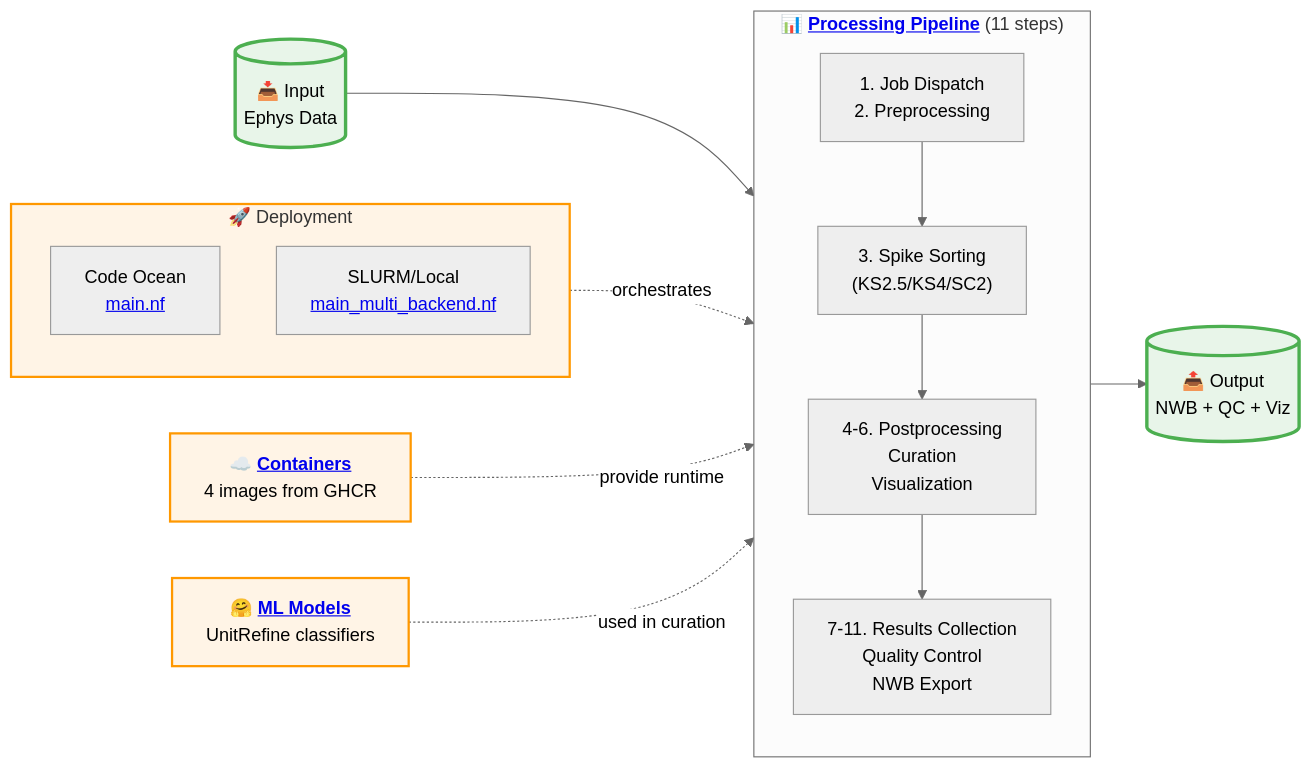
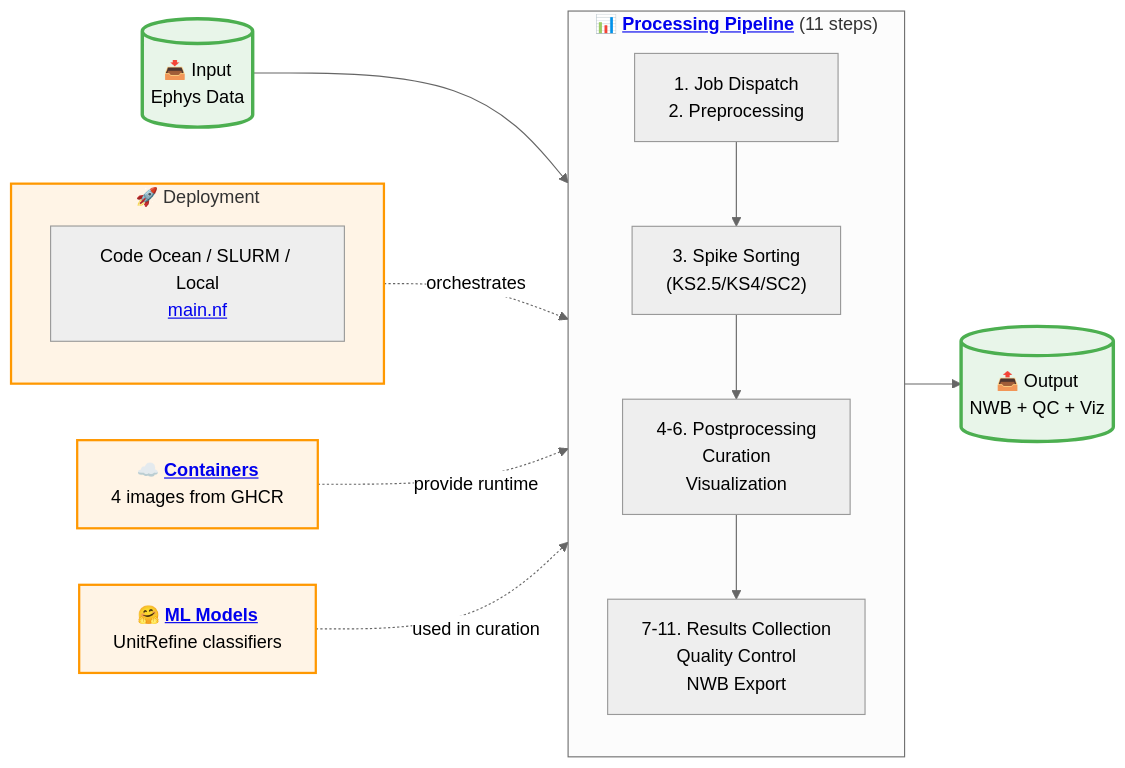
One commit to AllenNeuralDynamics/aind-ephys-pipeline changed the diagram in README.md. Above: the diagram before and after it, drawn with Mermaid (neutral theme). The commit also changed other lines of this file, not shown here.

````diff
--- a/README.md
+++ b/README.md
@@ -18,42 +18,41 @@
 ```mermaid
 flowchart LR
     %% Input/Output
     input[("📥 Input<br/>Ephys Data")]
     output[("📤 Output<br/>NWB + QC + Viz")]
 
     %% Deployment
     subgraph deploy["🚀 Deployment"]
         direction TB
-        co["Code Ocean<br/><a href='pipeline/main.nf'>main.nf</a>"]
-        sl["SLURM/Local<br/><a href='pipeline/main_multi_backend.nf'>main_multi_backend.nf</a>"]
+        co["Code Ocean / SLURM / Local<br/><a href='pipeline/main.nf'>main.nf</a>"]
     end
 
     %% Infrastructure (link to detailed docs)
     containers["☁️ <b><a href='https://aind-ephys-pipeline.readthedocs.io/en/latest/architecture.html#infrastructure-components'>Containers</a></b><br/>4 images from GHCR"]
     models["🤗 <b><a href='https://aind-ephys-pipeline.readthedocs.io/en/latest/architecture.html#infrastructure-components'>ML Models</a></b><br/>UnitRefine classifiers"]
 
     %% Pipeline (simplified)
     subgraph pipeline["📊 <b><a href='https://aind-ephys-pipeline.readthedocs.io/en/latest/architecture.html'>Processing Pipeline</a></b> (11 steps)"]
         direction TB
         prep["1. Job Dispatch<br/>2. Preprocessing"]
         sort["3. Spike Sorting<br/>(KS2.5/KS4/SC2)"]
         post["4-6. Postprocessing<br/>Curation<br/>Visualization"]
         final["7-11. Results Collection<br/>Quality Control<br/>NWB Export"]
 
         prep --> sort --> post --> final
     end
 
     %% Connections
     input --> pipeline
     deploy -.->|"orchestrates"| pipeline
     containers -.->|"provide runtime"| pipeline
     models -.->|"used in curation"| pipeline
     pipeline --> output
 
     %% Styling
     classDef infra fill:#fff4e6,stroke:#ff9800,stroke-width:2px
     classDef data fill:#e8f5e9,stroke:#4caf50,stroke-width:3px
 
     class containers,models,deploy infra
     class input,output data
 ```
````
